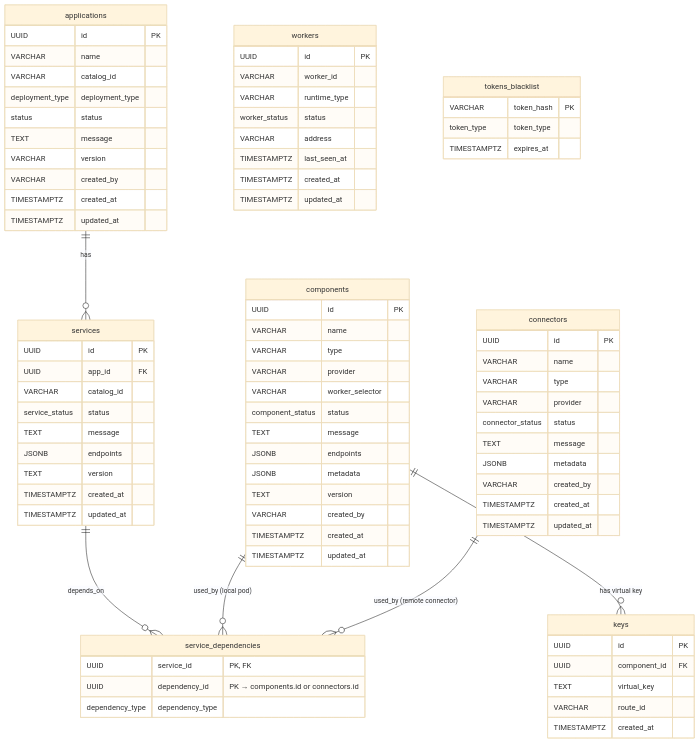
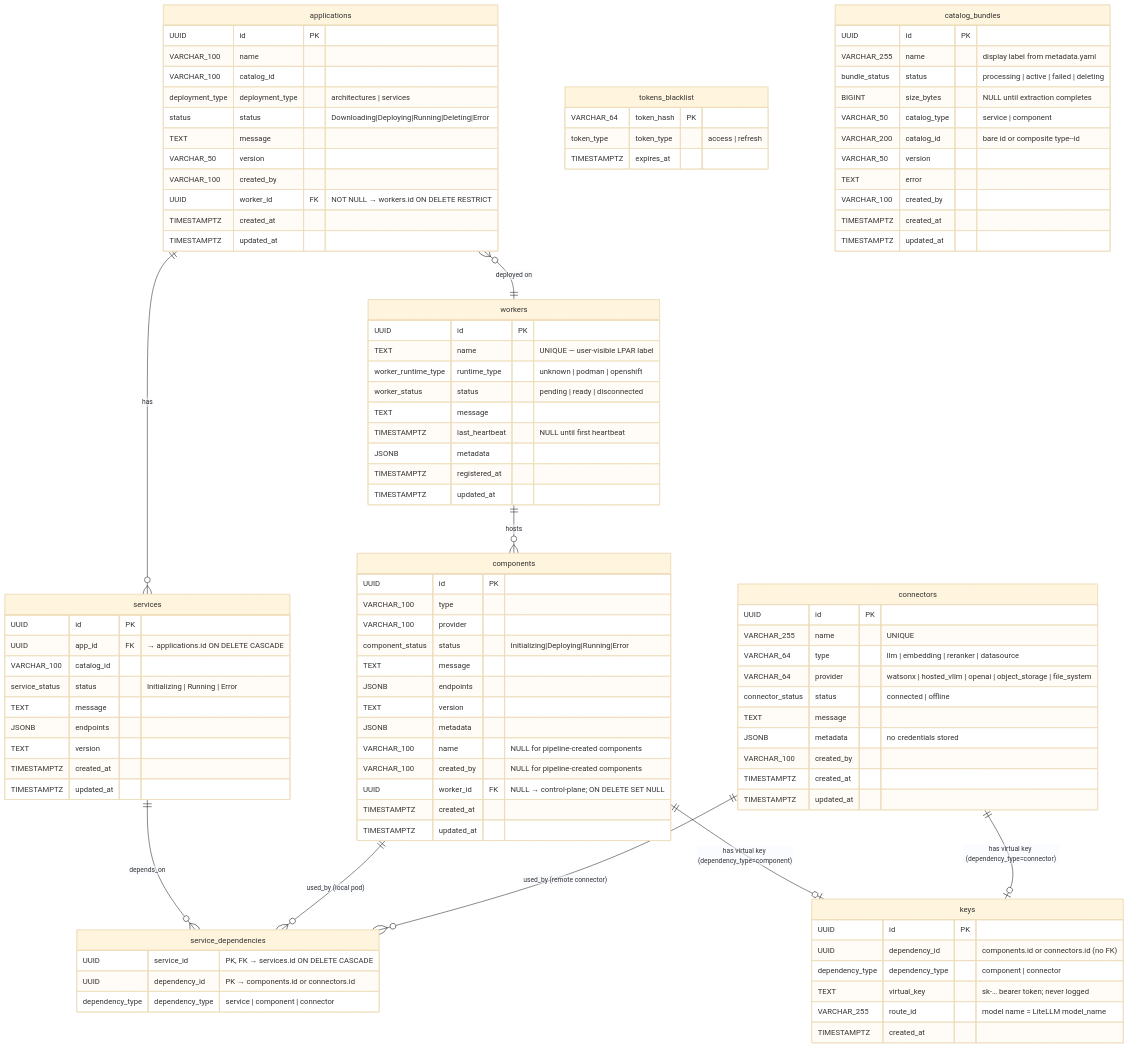
One commit to IBM/project-ai-services changed the diagram in docs/proposals/model-management/model-management-LLD.md. Above: the diagram before and after it, drawn with Mermaid (base theme). The commit also changed other lines of this file and 3 other files, not shown here.

````diff
--- a/docs/proposals/model-management/model-management-LLD.md
+++ b/docs/proposals/model-management/model-management-LLD.md
@@ -590,93 +807,113 @@
 ```mermaid
 erDiagram
-    applications ||--o{ services : "has"
-    services ||--o{ service_dependencies : "depends_on"
-    components ||--o{ service_dependencies : "used_by (local pod)"
-    connectors ||--o{ service_dependencies : "used_by (remote connector)"
-    components ||--o{ keys : "has virtual key"
+    applications ||--o{ services          : "has"
+    applications }o--|| workers           : "deployed on"
+    services     ||--o{ service_dependencies : "depends_on"
+    components   ||--o{ service_dependencies : "used_by (local pod)"
+    connectors   ||--o{ service_dependencies : "used_by (remote connector)"
+    components   ||--o| keys              : "has virtual key (dependency_type=component)"
+    connectors   ||--o| keys              : "has virtual key (dependency_type=connector)"
+    workers      ||--o{ components        : "hosts"
 
     applications {
-        UUID id PK
-        VARCHAR name
-        VARCHAR catalog_id
-        deployment_type deployment_type
-        status status
-        TEXT message
-        VARCHAR version
-        VARCHAR created_by
-        TIMESTAMPTZ created_at
-        TIMESTAMPTZ updated_at
+        UUID            id              PK
+        VARCHAR_100     name
+        VARCHAR_100     catalog_id
+        deployment_type deployment_type    "architectures | services"
+        status          status             "Downloading|Deploying|Running|Deleting|Error"
+        TEXT            message
+        VARCHAR_50      version
+        VARCHAR_100     created_by
+        UUID            worker_id       FK "NOT NULL → workers.id ON DELETE RESTRICT"
+        TIMESTAMPTZ     created_at
+        TIMESTAMPTZ     updated_at
     }
 
     services {
-        UUID id PK
-        UUID app_id FK
-        VARCHAR catalog_id
-        service_status status
-        TEXT message
-        JSONB endpoints
-        TEXT version
-        TIMESTAMPTZ created_at
-        TIMESTAMPTZ updated_at
+        UUID            id              PK
+        UUID            app_id          FK "→ applications.id ON DELETE CASCADE"
+        VARCHAR_100     catalog_id
+        service_status  status             "Initializing | Running | Error"
+        TEXT            message
+        JSONB           endpoints
+        TEXT            version
+        TIMESTAMPTZ     created_at
+        TIMESTAMPTZ     updated_at
     }
 
     components {
-        UUID id PK
-        VARCHAR name
-        VARCHAR type
-        VARCHAR provider
-        VARCHAR worker_selector
-        component_status status
-        TEXT message
-        JSONB endpoints
-        JSONB metadata
-        TEXT version
-        VARCHAR created_by
-        TIMESTAMPTZ created_at
-        TIMESTAMPTZ updated_at
+        UUID             id              PK
+        VARCHAR_100      type
+        VARCHAR_100      provider
+        component_status status             "Initializing|Deploying|Running|Error"
+        TEXT             message
+        JSONB            endpoints
+        TEXT             version
+        JSONB            metadata
+        VARCHAR_100      name               "NULL for pipeline-created components"
+        VARCHAR_100      created_by         "NULL for pipeline-created components"
+        UUID             worker_id       FK "NULL → control-plane; ON DELETE SET NULL"
+        TIMESTAMPTZ      created_at
+        TIMESTAMPTZ      updated_at
     }
 
     connectors {
-        UUID id PK
-        VARCHAR name
-        VARCHAR type
-        VARCHAR provider
-        connector_status status
-        TEXT message
-        JSONB metadata
-        VARCHAR created_by
-        TIMESTAMPTZ created_at
-        TIMESTAMPTZ updated_at
+        UUID             id              PK
+        VARCHAR_255      name               "UNIQUE"
+        VARCHAR_64       type               "llm | embedding | reranker | datasource"
+        VARCHAR_64       provider           "watsonx | hosted_vllm | openai | object_storage | file_system"
+        connector_status status             "connected | offline"
+        TEXT             message
+        JSONB            metadata           "no credentials stored"
+        VARCHAR_100      created_by
+        TIMESTAMPTZ      created_at
+        TIMESTAMPTZ      updated_at
     }
 
     workers {
-        UUID id PK
-        VARCHAR worker_id
-        VARCHAR runtime_type
-        worker_status status
-        VARCHAR address
-        TIMESTAMPTZ last_seen_at
-        TIMESTAMPTZ created_at
-        TIMESTAMPTZ updated_at
+        UUID                 id              PK
+        TEXT                 name               "UNIQUE — user-visible LPAR label"
+        worker_runtime_type  runtime_type       "unknown | podman | openshift"
+        worker_status        status             "pending | ready | disconnected"
+        TEXT                 message
+        TIMESTAMPTZ          last_heartbeat     "NULL until first heartbeat"
+        JSONB                metadata
+        TIMESTAMPTZ          registered_at
+        TIMESTAMPTZ          updated_at
     }
 
     keys {
-        UUID id PK
-        UUID component_id FK
-        TEXT virtual_key
-        VARCHAR route_id
+        UUID            id              PK
+        UUID            dependency_id      "components.id or connectors.id (no FK)"
+        dependency_type dependency_type    "component | connector"
+        TEXT        virtual_key        "sk-… bearer token; never logged"
+        VARCHAR_255 route_id           "model name = LiteLLM model_name"
         TIMESTAMPTZ created_at
     }
 
     service_dependencies {
-        UUID service_id "PK, FK"
-        UUID dependency_id "PK → components.id or connectors.id"
-        dependency_type dependency_type
+        UUID            service_id      "PK, FK → services.id ON DELETE CASCADE"
+        UUID            dependency_id   "PK → components.id or connectors.id"
+        dependency_type dependency_type "service | component | connector"
     }
 
     tokens_blacklist {
-        VARCHAR token_hash PK
-        token_type token_type
+        VARCHAR_64  token_hash      PK
+        token_type  token_type         "access | refresh"
         TIMESTAMPTZ expires_at
     }
+
+    catalog_bundles {
+        UUID          id              PK
+        VARCHAR_255   name               "display label from metadata.yaml"
+        bundle_status status             "processing | active | failed | deleting"
+        BIGINT        size_bytes         "NULL until extraction completes"
+        VARCHAR_50    catalog_type       "service | component"
+        VARCHAR_200   catalog_id         "bare id or composite type--id"
+        VARCHAR_50    version
+        TEXT          error
+        VARCHAR_100   created_by
+        TIMESTAMPTZ   created_at
+        TIMESTAMPTZ   updated_at
+    }
 ```
````
